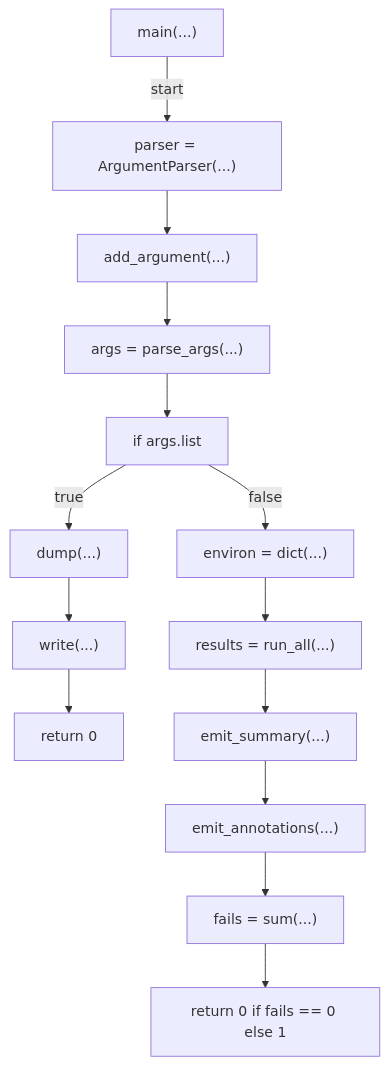
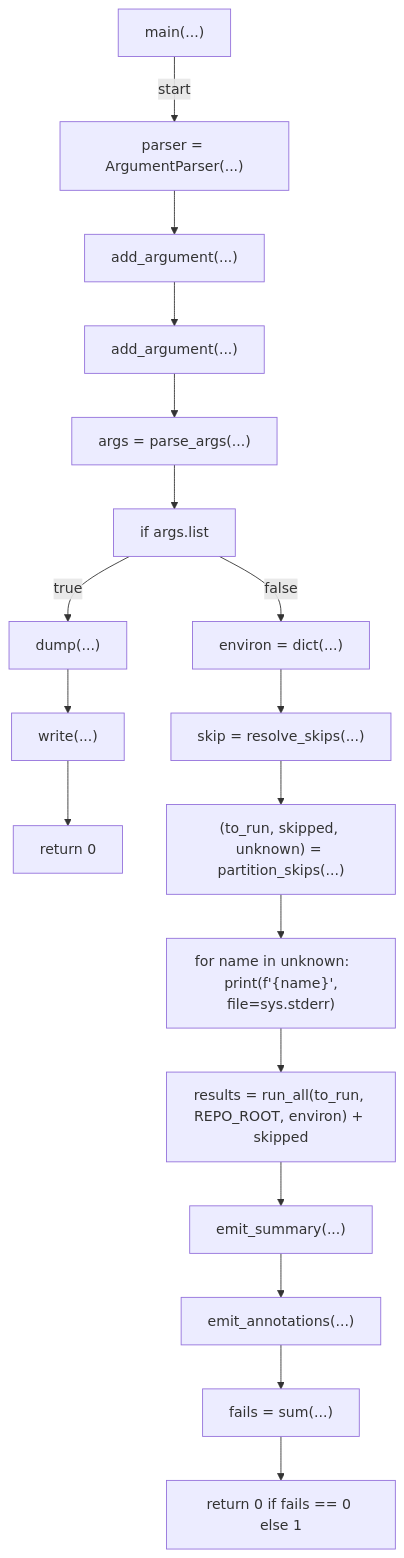
Before and after one commit to tvna/claude-md: diagram 12 of 12 in docs/generated/scripts/ast/preflight_all.md, drawn with Mermaid. The commit also changed other lines of this file and 4 other files, not shown here.

First line of the commit message:
docs(generated): regenerate decision tree and workflow diagrams

````diff
--- a/docs/generated/scripts/ast/preflight_all.md
+++ b/docs/generated/scripts/ast/preflight_all.md
@@ -209,30 +241,38 @@
 ```mermaid
 flowchart TD
     N001["main(...)"]
     N002["parser = ArgumentParser(...)"]
     N003["add_argument(...)"]
-    N004["args = parse_args(...)"]
-    N005["if args.list"]
-    N006["dump(...)"]
-    N007["write(...)"]
-    N008["return 0"]
-    N009["environ = dict(...)"]
-    N010["results = run_all(...)"]
-    N011["emit_summary(...)"]
-    N012["emit_annotations(...)"]
-    N013["fails = sum(...)"]
-    N014["return 0 if fails == 0 else 1"]
+    N004["add_argument(...)"]
+    N005["args = parse_args(...)"]
+    N006["if args.list"]
+    N007["dump(...)"]
+    N008["write(...)"]
+    N009["return 0"]
+    N010["environ = dict(...)"]
+    N011["skip = resolve_skips(...)"]
+    N012["(to_run, skipped, unknown) = partition_skips(...)"]
+    N013["for name in unknown:     print(f'<str>{name}<str>', file=sys.stderr)"]
+    N014["results = run_all(to_run, REPO_ROOT, environ) + skipped"]
+    N015["emit_summary(...)"]
+    N016["emit_annotations(...)"]
+    N017["fails = sum(...)"]
+    N018["return 0 if fails == 0 else 1"]
     N001 -->|"start"| N002
     N002 --> N003
     N003 --> N004
     N004 --> N005
-    N005 -->|"true"| N006
-    N006 --> N007
+    N005 --> N006
+    N006 -->|"true"| N007
     N007 --> N008
-    N005 -->|"false"| N009
-    N009 --> N010
+    N008 --> N009
+    N006 -->|"false"| N010
     N010 --> N011
     N011 --> N012
     N012 --> N013
     N013 --> N014
+    N014 --> N015
+    N015 --> N016
+    N016 --> N017
+    N017 --> N018
 ```
````
